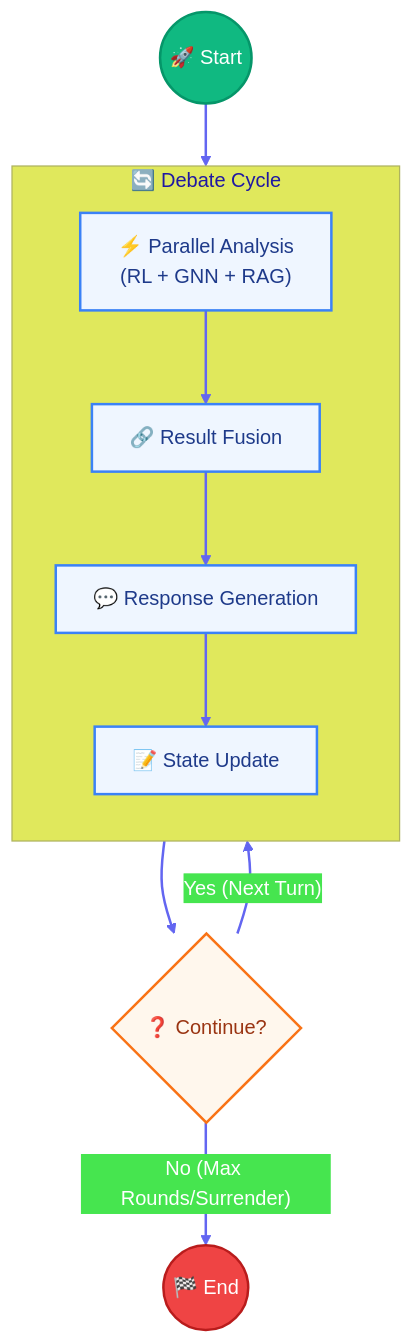
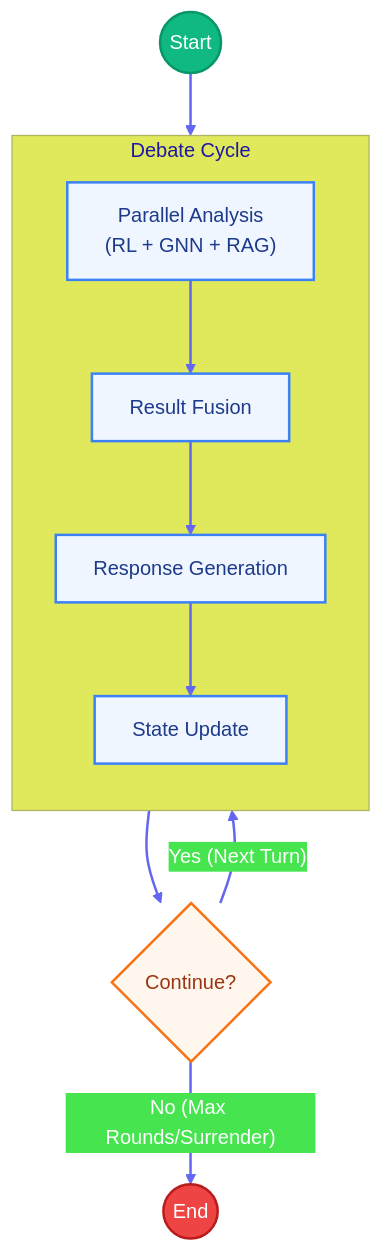
The second of 8 diagrams in README.md (AluminumShark/Social-Debate-AI), drawn with Mermaid before and after one commit. The commit also changed other lines of this file and 32 other files, not shown here.

````diff
--- a/README.md
+++ b/README.md
@@ -105,31 +105,31 @@
 ```mermaid
 %%{init: {'theme': 'base', 'themeVariables': { 'primaryColor': '#4f46e5', 'primaryTextColor': '#fff', 'primaryBorderColor': '#4338ca', 'lineColor': '#818cf8'}}}%%
 flowchart TB
     %% Define styles
     classDef start fill:#10b981,stroke:#059669,stroke-width:2px,color:white;
     classDef process fill:#eff6ff,stroke:#3b82f6,stroke-width:2px,color:#1e3a8a;
     classDef decision fill:#fff7ed,stroke:#f97316,stroke-width:2px,color:#9a3412;
     classDef endNode fill:#ef4444,stroke:#b91c1c,stroke-width:2px,color:white;
 
-    Start(("🚀 Start")):::start
-    End(("🏁 End")):::endNode
+    Start((" Start")):::start
+    End((" End")):::endNode
 
-    subgraph Cycle["🔄 Debate Cycle"]
+    subgraph Cycle[" Debate Cycle"]
         direction TB
-        Analyze["⚡ Parallel Analysis<br/>(RL + GNN + RAG)"]:::process
-        Fuse["🔗 Result Fusion"]:::process
-        Gen["💬 Response Generation"]:::process
-        Update["📝 State Update"]:::process
+        Analyze[" Parallel Analysis<br/>(RL + GNN + RAG)"]:::process
+        Fuse[" Result Fusion"]:::process
+        Gen[" Response Generation"]:::process
+        Update[" State Update"]:::process
         
         Analyze --> Fuse --> Gen --> Update
     end
 
-    Check{"❓ Continue?"}:::decision
+    Check{" Continue?"}:::decision
 
     Start --> Analyze
     Update --> Check
     Check -->|"Yes (Next Turn)"| Analyze
     Check -->|"No (Max Rounds/Surrender)"| End
 
     linkStyle default stroke:#6366f1,stroke-width:2px;
 ```
````
